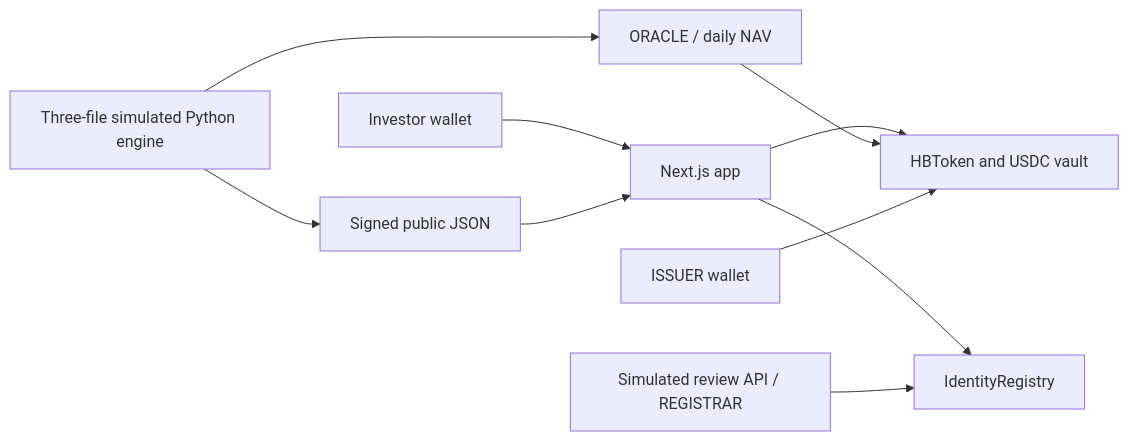
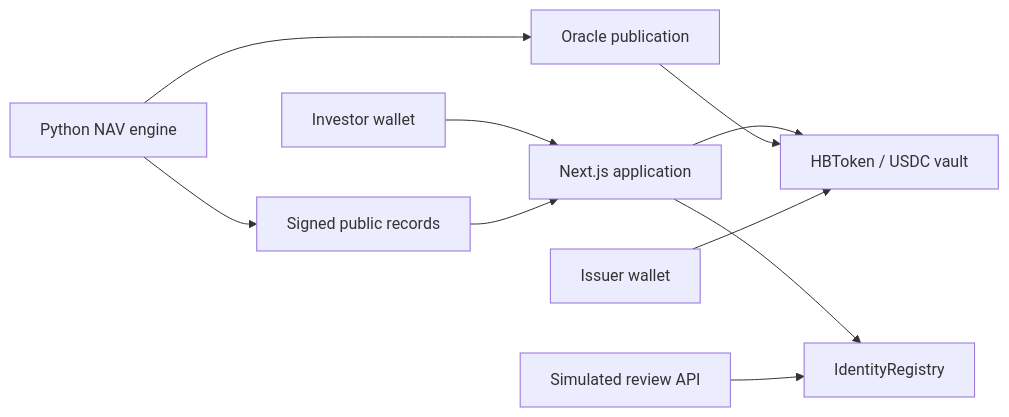
One commit to artuntan/hitbite-mvp changed the diagram in README.md. Above: the diagram before and after it, drawn with Mermaid. The commit also changed other lines of this file and 25 other files, not shown here.

Commit message:
Harden public repository, registrar and protected NAV delivery

````diff
--- a/README.md
+++ b/README.md
@@ -55,12 +37,12 @@
 ```mermaid
 flowchart LR
-  Wallet[Investor wallet] --> App[Next.js app]
+  Wallet[Investor wallet] --> App[Next.js application]
   App --> Registry[IdentityRegistry]
-  App --> Token[HBToken and USDC vault]
-  Review[Simulated review API / REGISTRAR] --> Registry
-  Portfolio[Three-file simulated Python engine] --> Oracle[ORACLE / daily NAV]
+  App --> Token[HBToken / USDC vault]
+  API[Simulated review API] --> Registry
+  Engine[Python NAV engine] --> Oracle[Oracle publication]
   Oracle --> Token
-  Portfolio --> Signed[Signed public JSON]
-  Signed --> App
-  Issuer[ISSUER wallet] --> Token
+  Engine --> Records[Signed public records]
+  Records --> App
+  Issuer[Issuer wallet] --> Token
 ```
````
